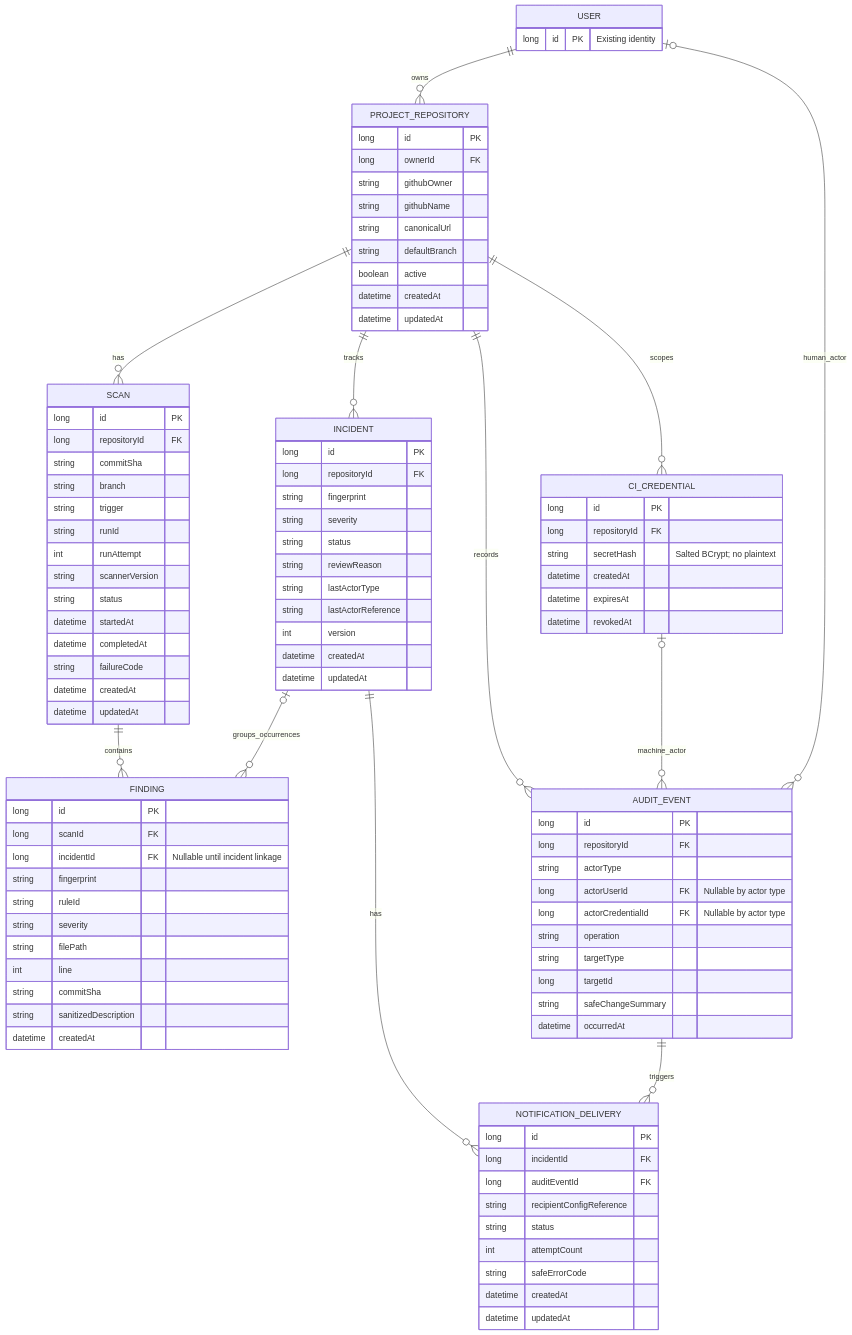
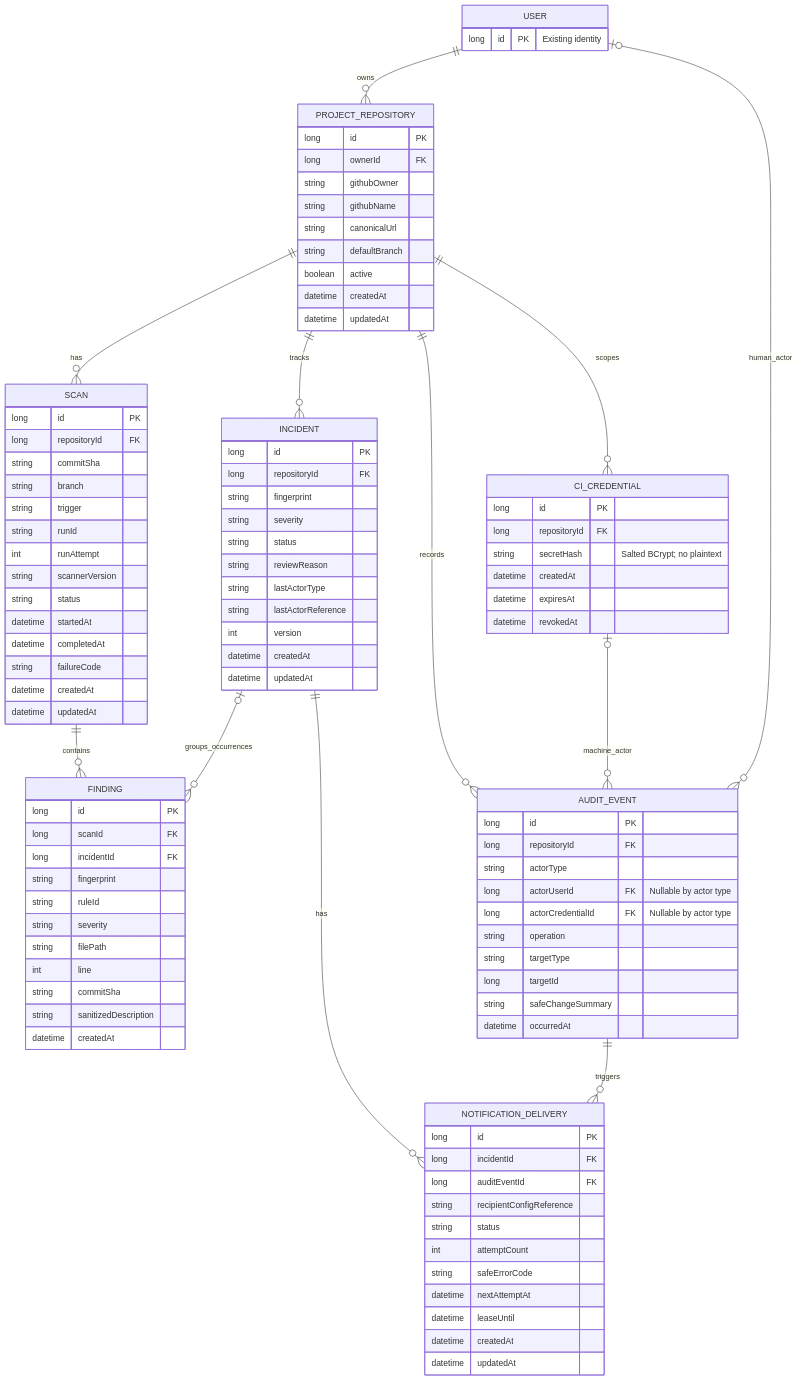
One commit to aasthashrimal/Secret-Shield changed the second of 2 diagrams in docs/data-model.md. Above: the diagram before and after it, drawn with Mermaid. The commit also changed other lines of this file and 34 other files, not shown here.

```diff
--- a/docs/data-model.md
+++ b/docs/data-model.md
@@ -188,7 +189,7 @@
     FINDING {
         long id PK
         long scanId FK
-        long incidentId FK "Nullable until incident linkage"
+        long incidentId FK
         string fingerprint
         string ruleId
         string severity
@@ -239,6 +240,8 @@
         string status
         int attemptCount
         string safeErrorCode
+        datetime nextAttemptAt
+        datetime leaseUntil
         datetime createdAt
         datetime updatedAt
     }
```
